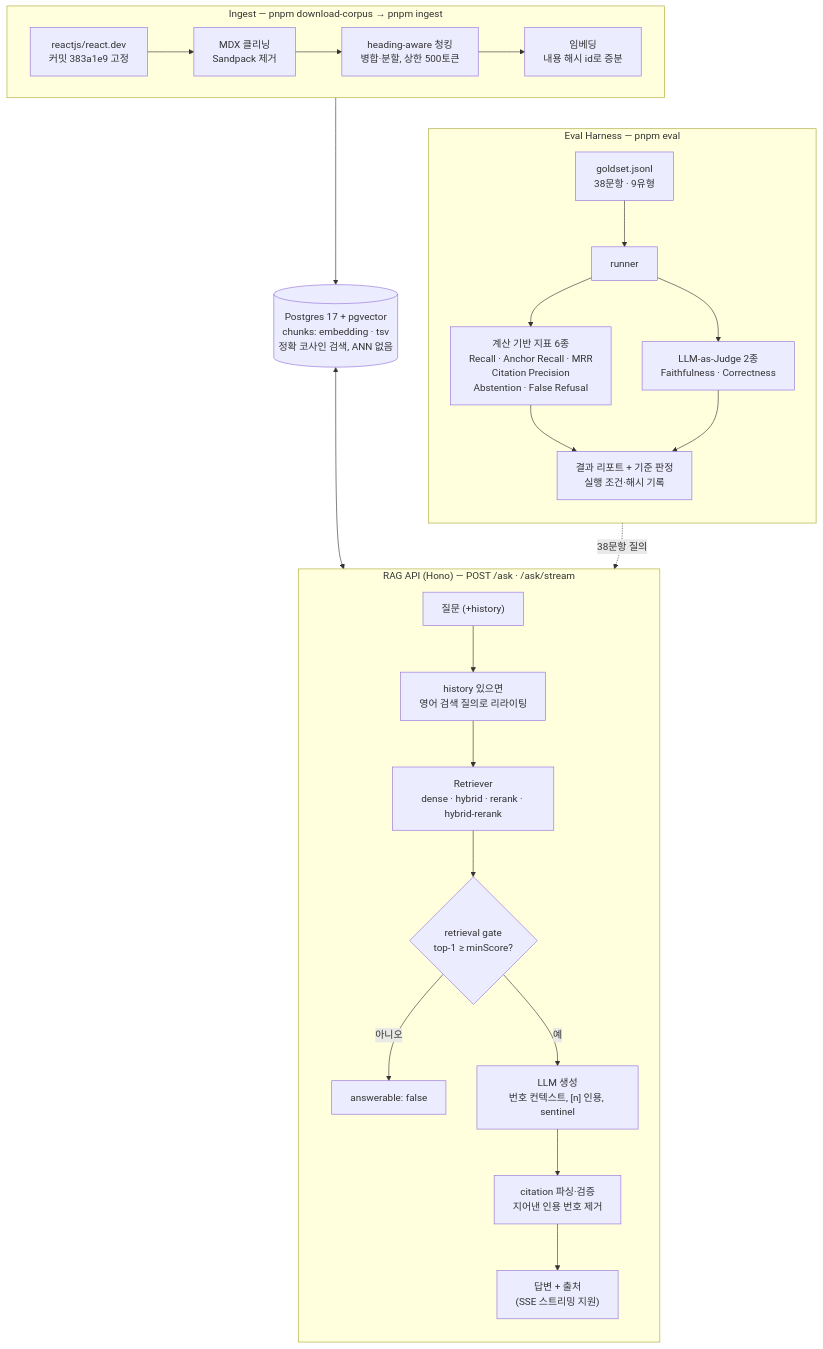
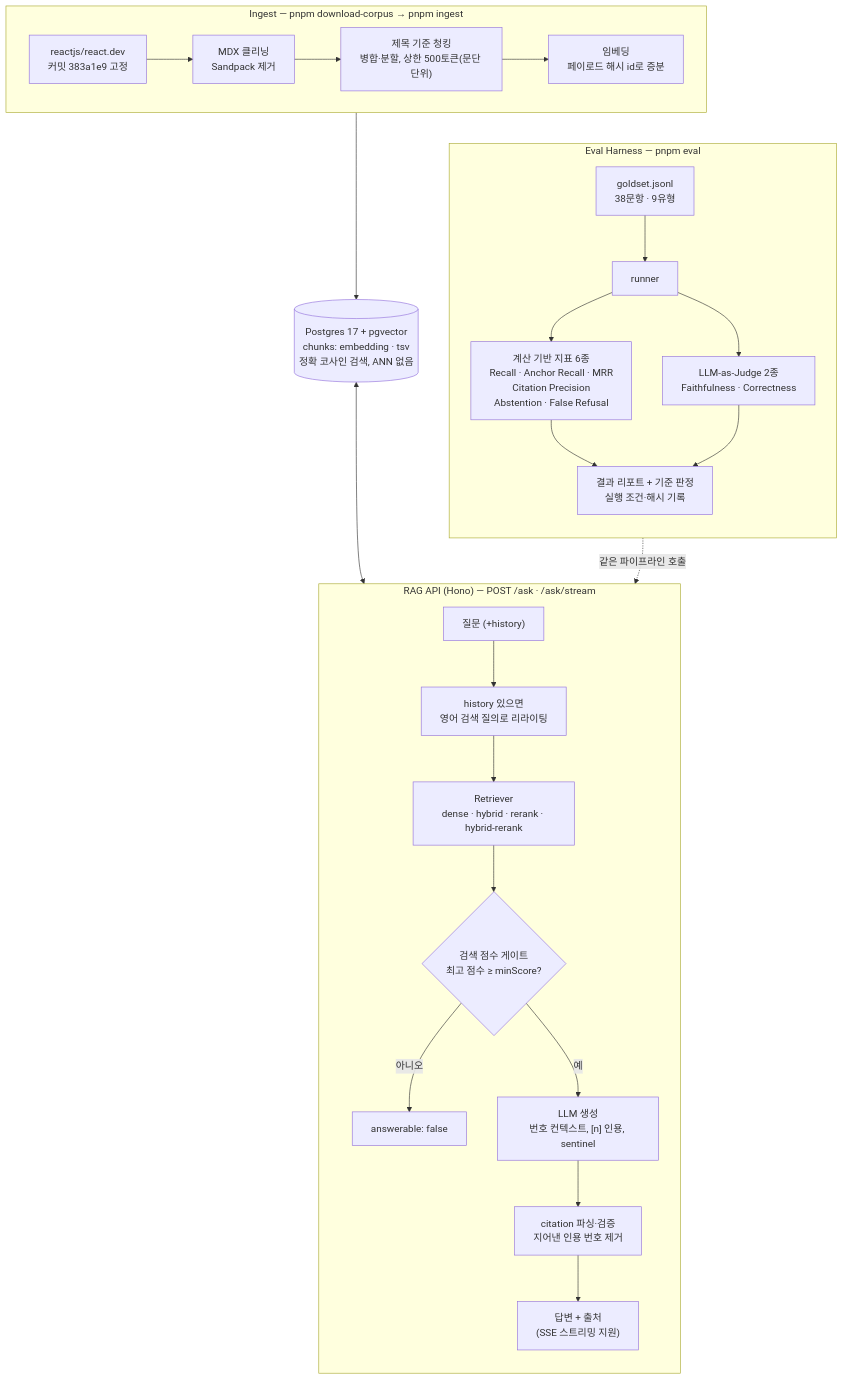
One commit to davindev/elice-rag changed the diagram in README.md. Above: the diagram before and after it, drawn with Mermaid. The commit also changed other lines of this file, not shown here.

````diff
--- a/README.md
+++ b/README.md
@@ -86,33 +87,33 @@
 ```mermaid
 flowchart TB
     subgraph ING["Ingest — pnpm download-corpus → pnpm ingest"]
         direction LR
-        SRC["reactjs/react.dev<br/>커밋 383a1e9 고정"] --> CLEAN["MDX 클리닝<br/>Sandpack 제거"] --> CHUNK["heading-aware 청킹<br/>병합·분할, 상한 500토큰"] --> EMB["임베딩<br/>내용 해시 id로 증분"]
+        SRC["reactjs/react.dev<br/>커밋 383a1e9 고정"] --> CLEAN["MDX 클리닝<br/>Sandpack 제거"] --> CHUNK["제목 기준 청킹<br/>병합·분할, 상한 500토큰(문단 단위)"] --> EMB["임베딩<br/>페이로드 해시 id로 증분"]
     end
 
     EMB --> DB[("Postgres 17 + pgvector<br/>chunks: embedding · tsv<br/>정확 코사인 검색, ANN 없음")]
 
     subgraph API["RAG API (Hono) — POST /ask · /ask/stream"]
         direction TB
         Q["질문 (+history)"] --> RW["history 있으면<br/>영어 검색 질의로 리라이팅"]
         RW --> RET["Retriever<br/>dense · hybrid · rerank · hybrid-rerank"]
-        RET --> GATE{"retrieval gate<br/>top-1 ≥ minScore?"}
+        RET --> GATE{"검색 점수 게이트<br/>최고 점수 ≥ minScore?"}
         GATE -- "아니오" --> NO["answerable: false"]
         GATE -- "예" --> GEN["LLM 생성<br/>번호 컨텍스트, [n] 인용, sentinel"]
         GEN --> PARSE["citation 파싱·검증<br/>지어낸 인용 번호 제거"]
         PARSE --> OUT["답변 + 출처<br/>(SSE 스트리밍 지원)"]
     end
 
     DB <--> RET
 
     subgraph EVAL["Eval Harness — pnpm eval"]
         direction TB
         GOLD["goldset.jsonl<br/>38문항 · 9유형"] --> RUNNER["runner"]
         RUNNER --> DET["계산 기반 지표 6종<br/>Recall · Anchor Recall · MRR<br/>Citation Precision<br/>Abstention · False Refusal"]
         RUNNER --> JUDGE["LLM-as-Judge 2종<br/>Faithfulness · Correctness"]
         DET --> REPORT["결과 리포트 + 기준 판정<br/>실행 조건·해시 기록"]
         JUDGE --> REPORT
     end
 
-    RUNNER -.->|"38문항 질의"| API
+    RUNNER -.->|"같은 파이프라인 호출"| API
 ```
````
